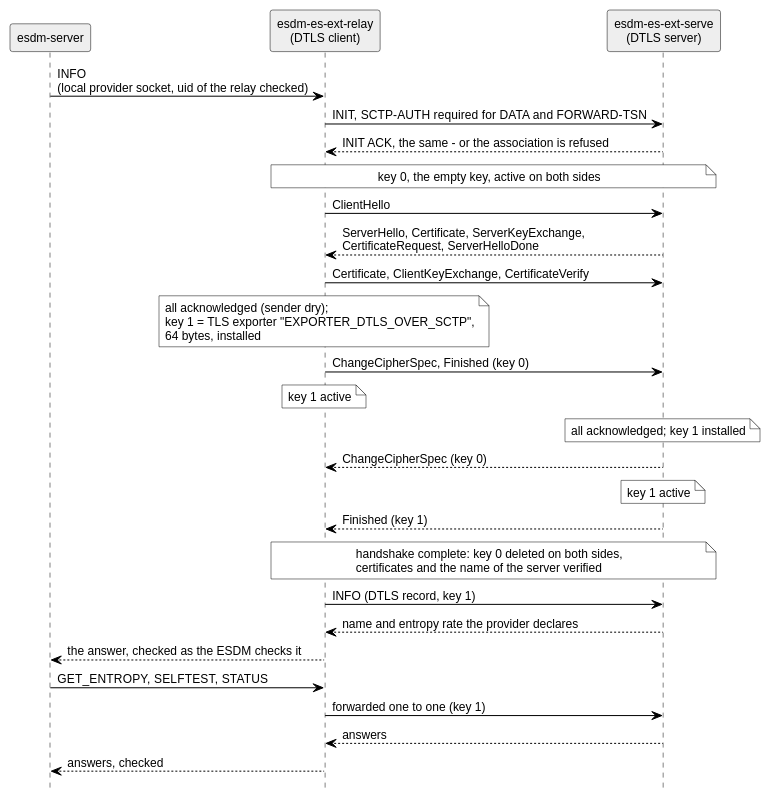
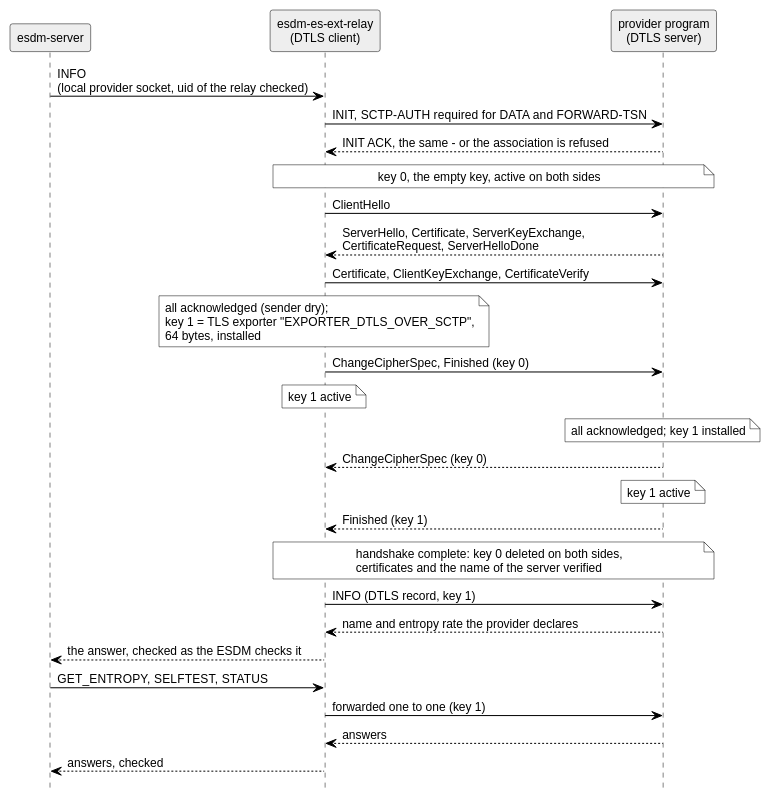
Before and after one commit to thillux/esdm: the diagram in doc/typst/figures/dtls-sctp-auth.puml, drawn with PlantUML. The commit also changed 12 other files, not shown here.

```diff
--- a/doc/typst/figures/dtls-sctp-auth.puml
+++ b/doc/typst/figures/dtls-sctp-auth.puml
@@ -1,42 +1,42 @@
 @startuml
 ' An external entropy source on the network: DTLS 1.2 over SCTP with
 ' SCTP-AUTH, as RFC 6083 has it - see "Network" in es-ext/esdm_es_ext.h and
 ' "DTLS over SCTP" in common/esdm_tls.h
 skinparam defaultFontName "Liberation Sans"
 skinparam defaultFontSize 12
 skinparam shadowing false
 skinparam ArrowColor #000000
 skinparam SequenceLifeLineBorderColor #000000
 skinparam ParticipantBorderColor #000000
 skinparam ParticipantBackgroundColor #EEEEEE
 skinparam NoteBackgroundColor #FFFFFF
 skinparam NoteBorderColor #000000
 hide footbox
 
 participant "esdm-server" as E
 participant "esdm-es-ext-relay\n(DTLS client)" as R
-participant "esdm-es-ext-serve\n(DTLS server)" as P
+participant "provider program\n(DTLS server)" as P
 
 E -> R: INFO\n(local provider socket, uid of the relay checked)
 R -> P: INIT, SCTP-AUTH required for DATA and FORWARD-TSN
 P --> R: INIT ACK, the same - or the association is refused
 note over R, P: key 0, the empty key, active on both sides
 R -> P: ClientHello
 P --> R: ServerHello, Certificate, ServerKeyExchange,\nCertificateRequest, ServerHelloDone
 R -> P: Certificate, ClientKeyExchange, CertificateVerify
 note over R: all acknowledged (sender dry);\nkey 1 = TLS exporter "EXPORTER_DTLS_OVER_SCTP",\n64 bytes, installed
 R -> P: ChangeCipherSpec, Finished (key 0)
 note over R: key 1 active
 note over P: all acknowledged; key 1 installed
 P --> R: ChangeCipherSpec (key 0)
 note over P: key 1 active
 P --> R: Finished (key 1)
 note over R, P: handshake complete: key 0 deleted on both sides,\ncertificates and the name of the server verified
 R -> P: INFO (DTLS record, key 1)
 P --> R: name and entropy rate the provider declares
 R --> E: the answer, checked as the ESDM checks it
 E -> R: GET_ENTROPY, SELFTEST, STATUS
 R -> P: forwarded one to one (key 1)
 P --> R: answers
 R --> E: answers, checked
 @enduml
```
